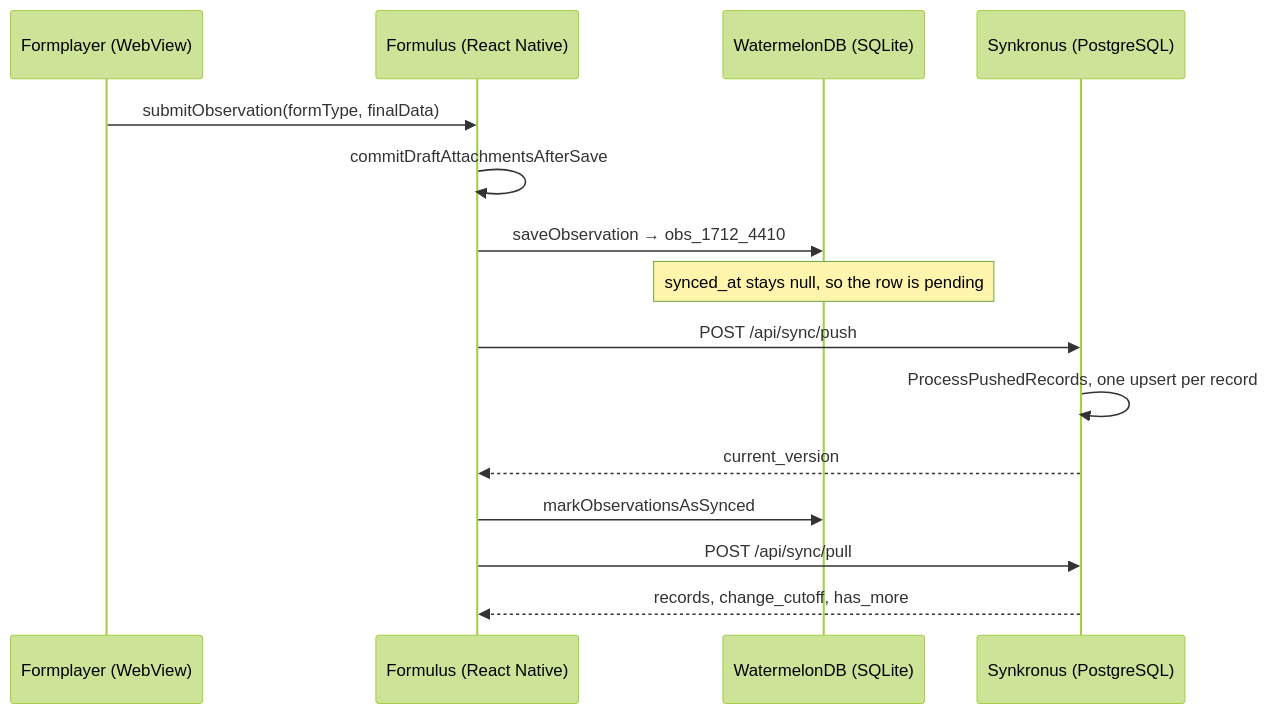
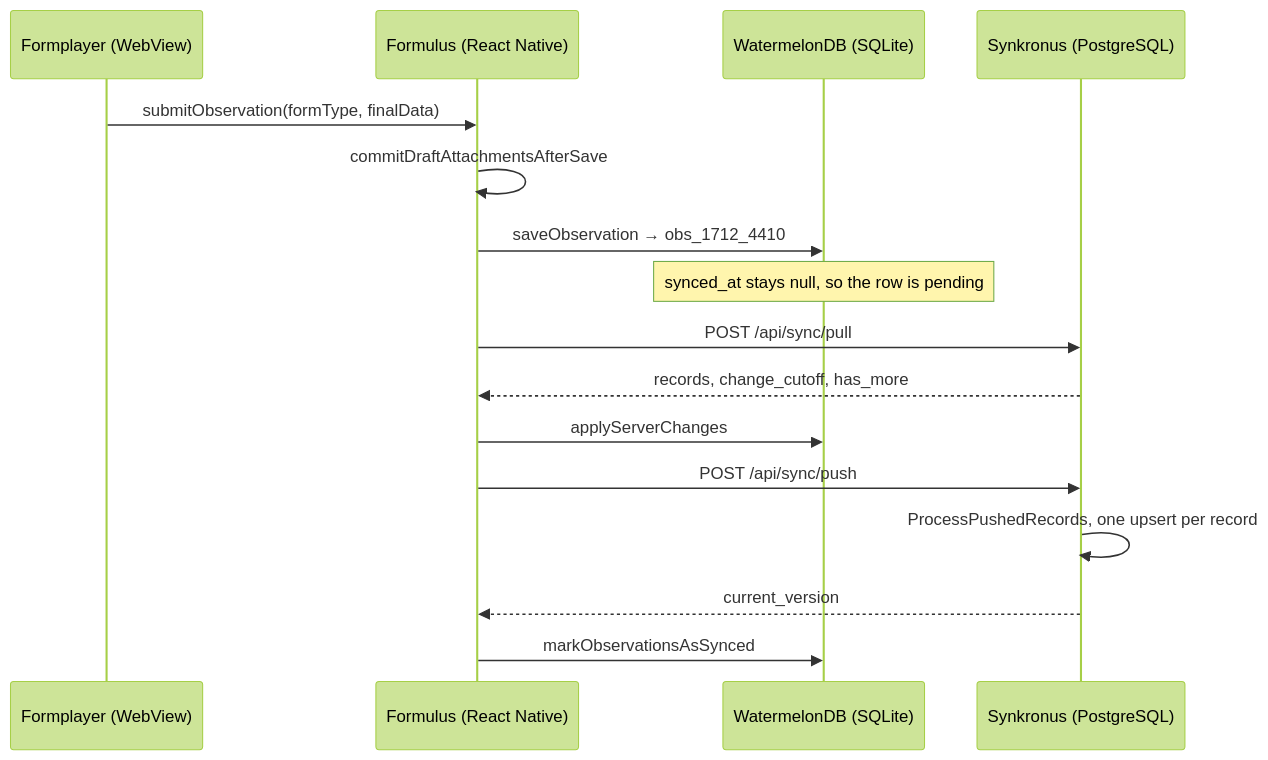
The diagram in docs/docs/development/observation-journey.md (OpenDataEnsemble/ode), drawn with Mermaid (forest theme) before and after one commit. The commit also changed other lines of this file, not shown here.

First line of the commit message:
docs(development): correct the sync order to pull before push

````diff
--- a/docs/docs/development/observation-journey.md
+++ b/docs/docs/development/observation-journey.md
@@ -15,17 +15,18 @@
 ```mermaid
 sequenceDiagram
   participant FP as Formplayer (WebView)
   participant FM as Formulus (React Native)
   participant DB as WatermelonDB (SQLite)
   participant SK as Synkronus (PostgreSQL)
   FP->>FM: submitObservation(formType, finalData)
   FM->>FM: commitDraftAttachmentsAfterSave
   FM->>DB: saveObservation → obs_1712_4410
   Note over DB: synced_at stays null, so the row is pending
+  FM->>SK: POST /api/sync/pull
+  SK-->>FM: records, change_cutoff, has_more
+  FM->>DB: applyServerChanges
   FM->>SK: POST /api/sync/push
   SK->>SK: ProcessPushedRecords, one upsert per record
   SK-->>FM: current_version
   FM->>DB: markObservationsAsSynced
-  FM->>SK: POST /api/sync/pull
-  SK-->>FM: records, change_cutoff, has_more
 ```
````
